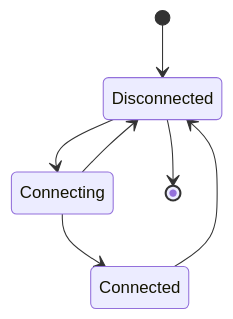
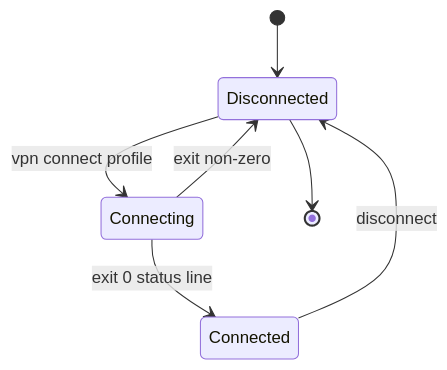
Before and after one commit to roto31/Tunnel-Monitor---Universal: the third of 4 diagrams in docs/vpn-solutions/fortinet-forticlient.md, drawn with Mermaid. The commit also changed other lines of this file and 25 other files, not shown here.

First line of the commit message:
Docs: add vendor citations, topology SVGs, and updated Mermaid.

````diff
--- a/docs/vpn-solutions/fortinet-forticlient.md
+++ b/docs/vpn-solutions/fortinet-forticlient.md
@@ -50,9 +59,9 @@
 ```mermaid
 stateDiagram-v2
     [*] --> Disconnected
-    Disconnected --> Connecting
-    Connecting --> Connected
-    Connecting --> Disconnected
-    Connected --> Disconnected
+    Disconnected --> Connecting: vpn connect profile
+    Connecting --> Connected: exit 0 status line
+    Connecting --> Disconnected: exit non-zero
+    Connected --> Disconnected: disconnect
     Disconnected --> [*]
 ```
````
